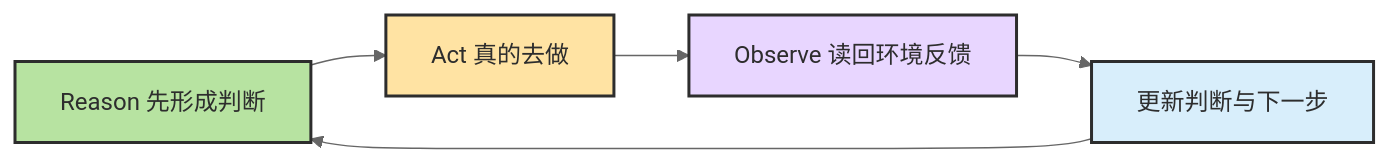
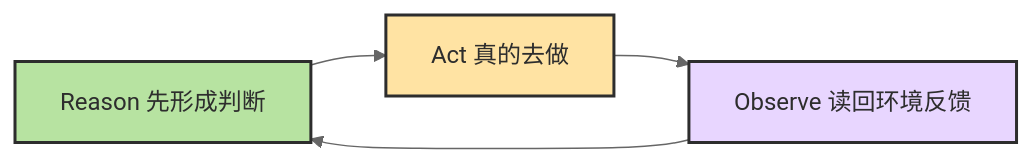
Before and after one commit to zht043/AgenticCodingTutorial: the fourth of 5 diagrams in docs/chapters/ch07-llm-to-agent.md, drawn with Mermaid (neutral theme). The commit also changed other lines of this file and 23 other files, not shown here.

````diff
--- a/docs/chapters/ch07-llm-to-agent.md
+++ b/docs/chapters/ch07-llm-to-agent.md
@@ -235,9 +127,8 @@
 ```mermaid
 flowchart LR
     classDef reason fill:#b7e3a1,stroke:#2d2d2d,stroke-width:2px,color:#2d2d2d
     classDef act fill:#ffe3a3,stroke:#2d2d2d,stroke-width:2px,color:#2d2d2d
     classDef observe fill:#e8d6ff,stroke:#2d2d2d,stroke-width:2px,color:#2d2d2d
-    classDef update fill:#d8eefb,stroke:#2d2d2d,stroke-width:2px,color:#2d2d2d
 
-    R["Reason 先形成判断"]:::reason --> A["Act 真的去做"]:::act --> O["Observe 读回环境反馈"]:::observe --> U["更新判断与下一步"]:::update --> R
+    R["Reason 先形成判断"]:::reason --> A["Act 真的去做"]:::act --> O["Observe 读回环境反馈"]:::observe --> R
 ```
````
